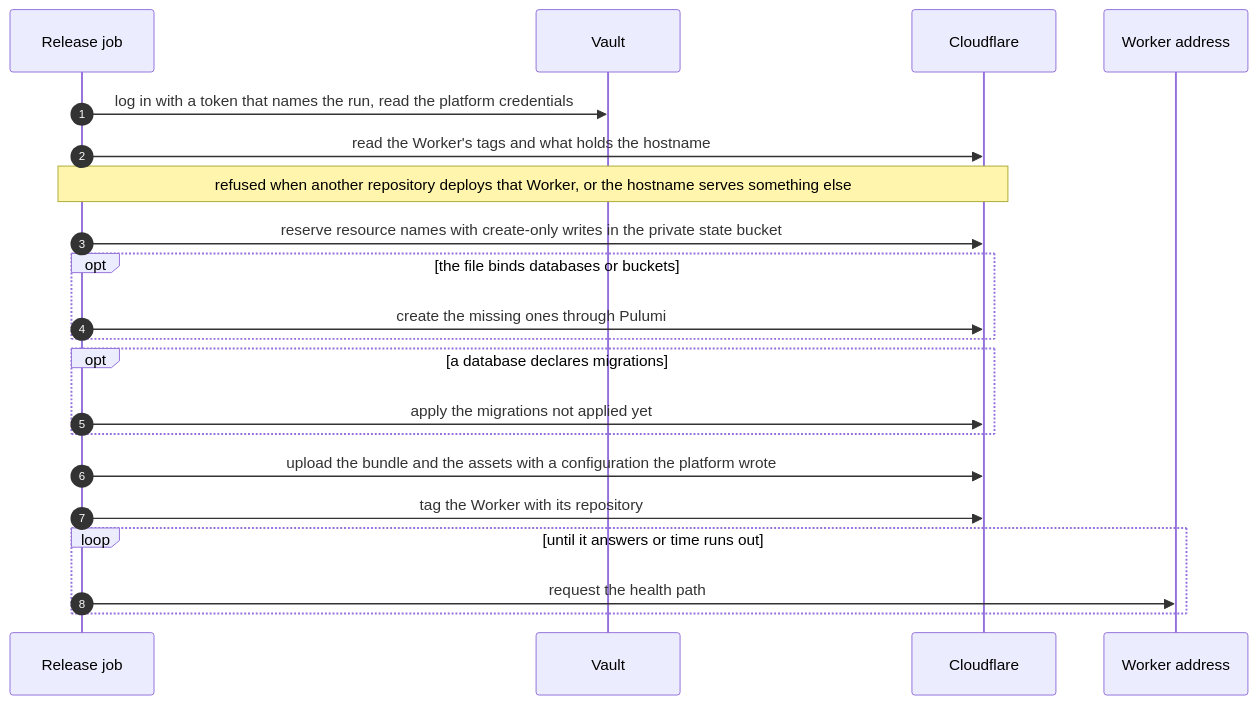
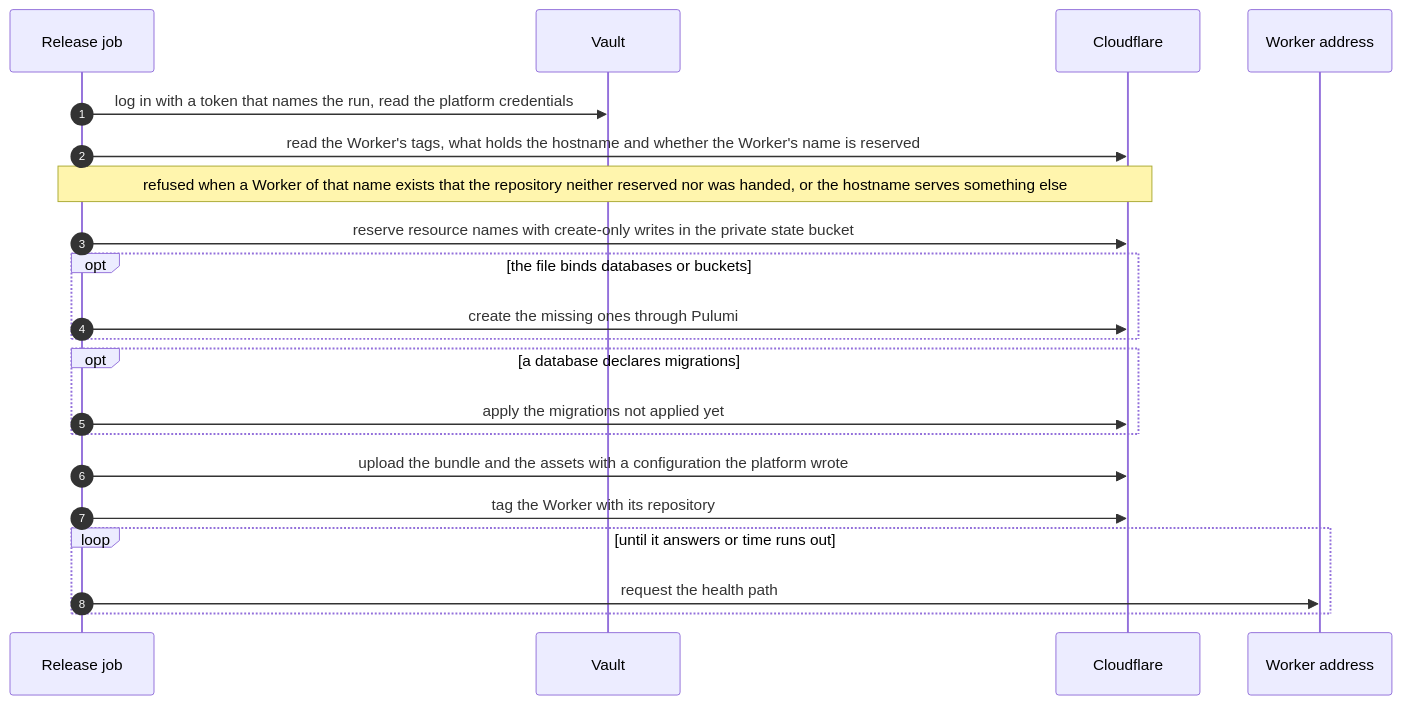
The fourth of 6 diagrams in docs/deployment.md (NextNodeSolutions/infrastructure), drawn with Mermaid before and after one commit. The commit also changed other lines of this file and 5 other files, not shown here.

First line of the commit message:
ci(deploy): take over an existing Worker only when a person hands it over

````diff
--- a/docs/deployment.md
+++ b/docs/deployment.md
@@ -106,23 +106,23 @@
 ```mermaid
 sequenceDiagram
     autonumber
     participant R as Release job
     participant V as Vault
     participant C as Cloudflare
     participant W as Worker address
     R->>V: log in with a token that names the run, read the platform credentials
-    R->>C: read the Worker's tags and what holds the hostname
-    Note over R,C: refused when another repository deploys that Worker, or the hostname serves something else
+    R->>C: read the Worker's tags, what holds the hostname and whether the Worker's name is reserved
+    Note over R,C: refused when a Worker of that name exists that the repository neither reserved nor was handed, or the hostname serves something else
     R->>C: reserve resource names with create-only writes in the private state bucket
     opt the file binds databases or buckets
         R->>C: create the missing ones through Pulumi
     end
     opt a database declares migrations
         R->>C: apply the migrations not applied yet
     end
     R->>C: upload the bundle and the assets with a configuration the platform wrote
     R->>C: tag the Worker with its repository
     loop until it answers or time runs out
         R->>W: request the health path
     end
 ```
````
